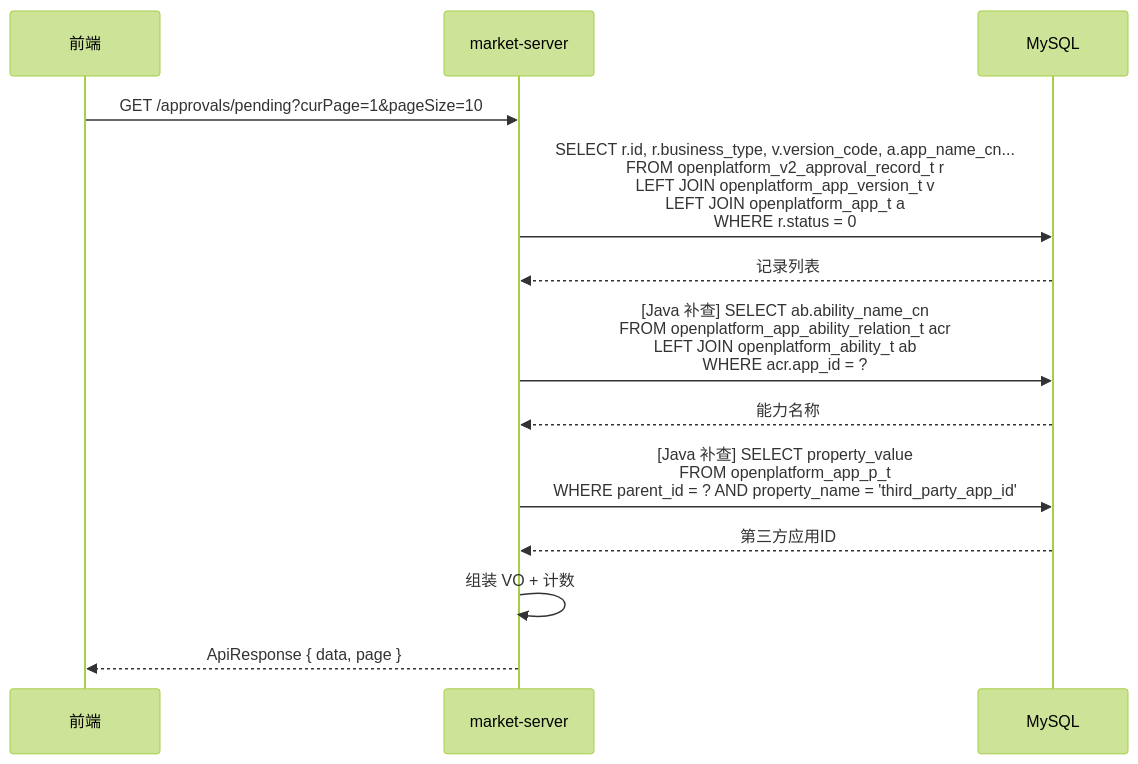
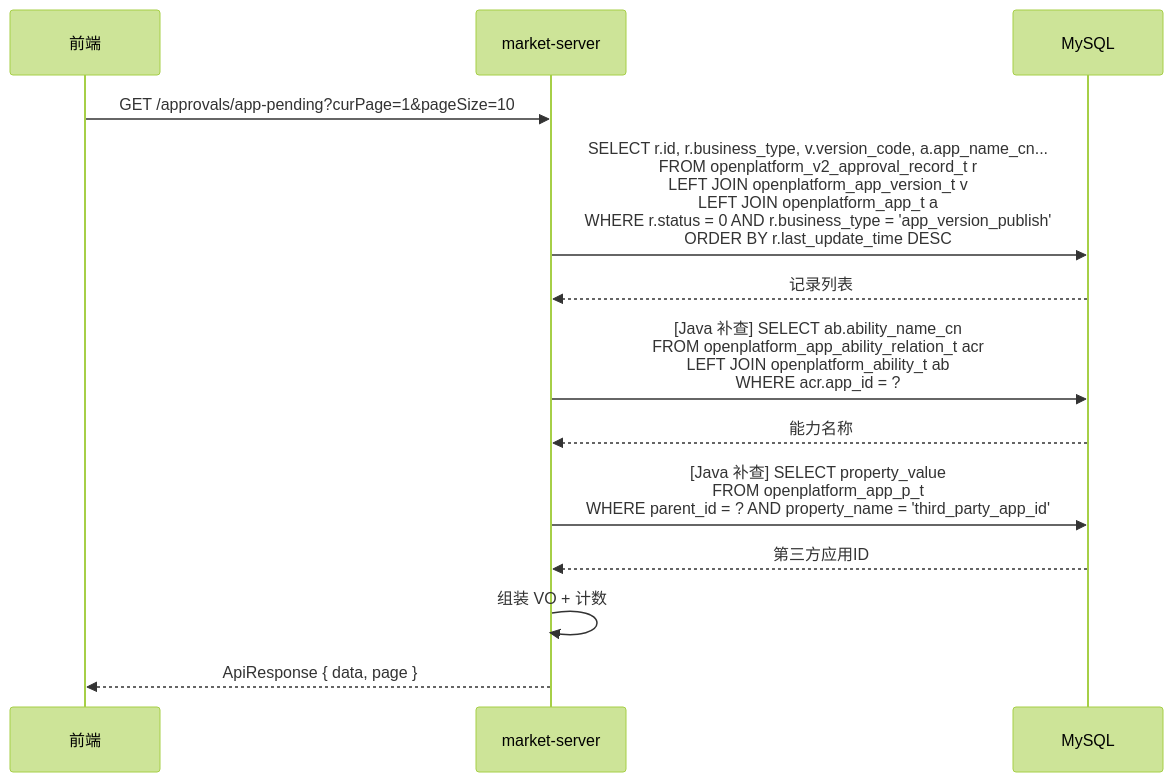
Before and after one commit to THZSummer/open-app: the fourth of 7 diagrams in docs/market-server/approval-management-requirement.md, drawn with Mermaid (forest theme). The commit also changed other lines of this file and 1 other file, not shown here.

````diff
--- a/docs/market-server/approval-management-requirement.md
+++ b/docs/market-server/approval-management-requirement.md
@@ -360,16 +363,16 @@
 ```mermaid
 sequenceDiagram
     participant FE as 前端
     participant MS as market-server
     participant DB as MySQL
 
-    FE->>MS: GET /approvals/pending?curPage=1&pageSize=10
-    MS->>DB: SELECT r.id, r.business_type, v.version_code, a.app_name_cn...<br/>FROM openplatform_v2_approval_record_t r<br/>LEFT JOIN openplatform_app_version_t v<br/>LEFT JOIN openplatform_app_t a<br/>WHERE r.status = 0
+    FE->>MS: GET /approvals/app-pending?curPage=1&pageSize=10
+    MS->>DB: SELECT r.id, r.business_type, v.version_code, a.app_name_cn...<br/>FROM openplatform_v2_approval_record_t r<br/>LEFT JOIN openplatform_app_version_t v<br/>LEFT JOIN openplatform_app_t a<br/>WHERE r.status = 0 AND r.business_type = 'app_version_publish'<br/>ORDER BY r.last_update_time DESC
     DB-->>MS: 记录列表
     MS->>DB: [Java 补查] SELECT ab.ability_name_cn<br/>FROM openplatform_app_ability_relation_t acr<br/>LEFT JOIN openplatform_ability_t ab<br/>WHERE acr.app_id = ?
     DB-->>MS: 能力名称
     MS->>DB: [Java 补查] SELECT property_value<br/>FROM openplatform_app_p_t<br/>WHERE parent_id = ? AND property_name = 'third_party_app_id'
     DB-->>MS: 第三方应用ID
     MS->>MS: 组装 VO + 计数
     MS-->>FE: ApiResponse { data, page }
 ```
````
